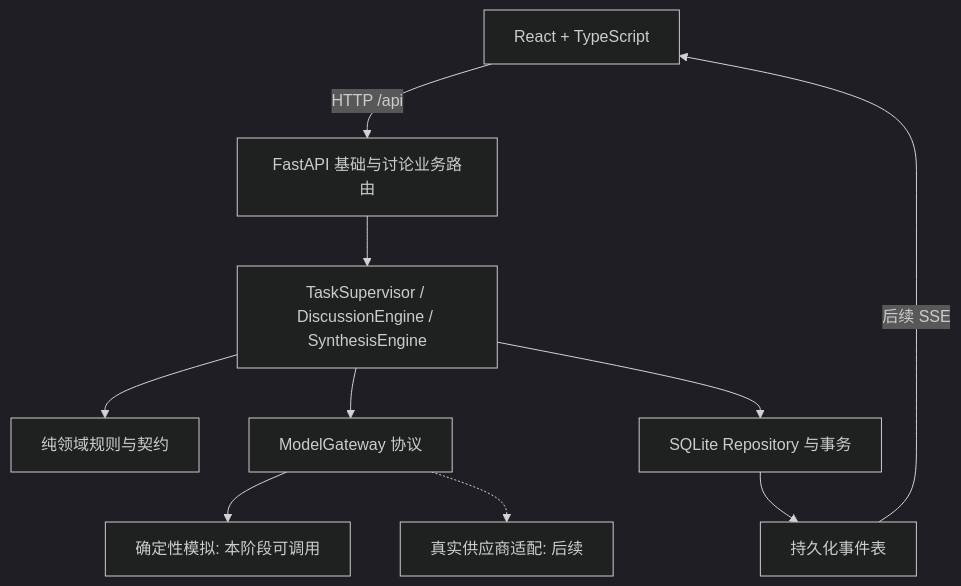
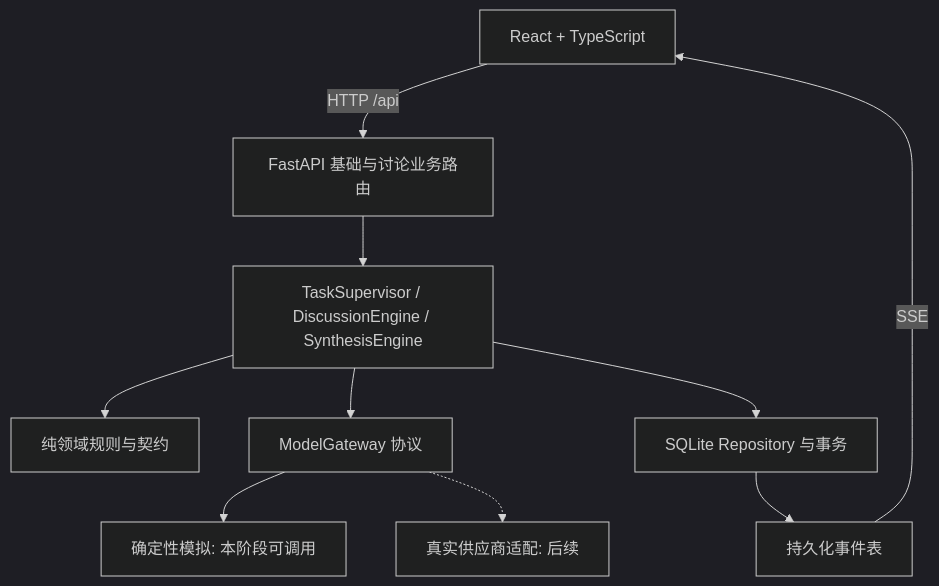
Before and after one commit to WenhuiRuan/Web-App-MVP: the diagram in docs/architecture.md, drawn with Mermaid (dark theme). The commit also changed other lines of this file and 20 other files, not shown here.

````diff
--- a/docs/architecture.md
+++ b/docs/architecture.md
@@ -17,12 +17,12 @@
 ```mermaid
 flowchart TD
   UI[React + TypeScript] -->|HTTP /api| API[FastAPI 基础与讨论业务路由]
   API --> APP[TaskSupervisor / DiscussionEngine / SynthesisEngine]
   APP --> DOMAIN[纯领域规则与契约]
   APP --> PORT[ModelGateway 协议]
   PORT --> MOCK[确定性模拟: 本阶段可调用]
   PORT -.-> REAL[真实供应商适配: 后续]
   APP --> DB[SQLite Repository 与事务]
   DB --> EV[持久化事件表]
-  EV -->|后续 SSE| UI
+  EV -->|SSE| UI
 ```
````
